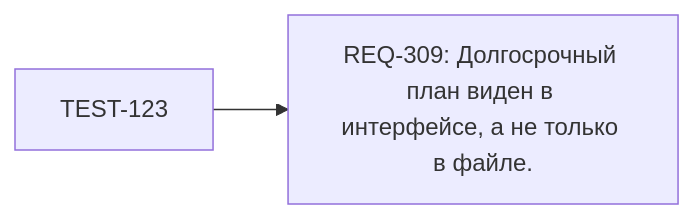
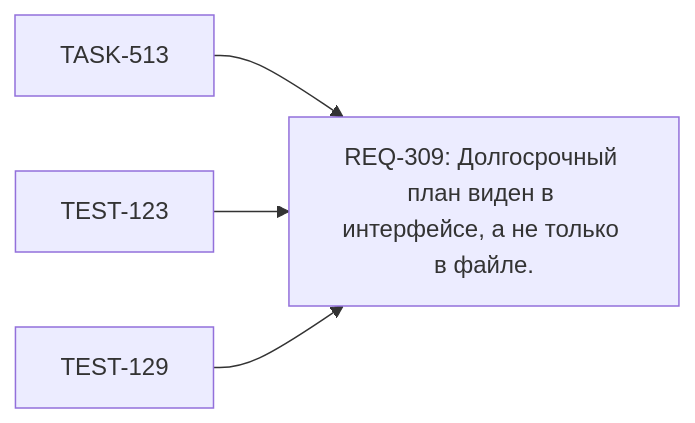
The diagram in state/views/map/REQ-309.mmd (VanUST/dsh-vanust), drawn with Mermaid before and after one commit. The commit also changed 42 other files, not shown here.

Commit message:
One restart: the plan tab stops hanging, the tester drives a browser from .tools, and the architecture-impact rule is stated

```diff
--- a/state/views/map/REQ-309.mmd
+++ b/state/views/map/REQ-309.mmd
@@ -1,4 +1,6 @@
 %% GENERATED — DO NOT EDIT. REQ REQ-309
 graph LR
   REQ_309["REQ-309: Долгосрочный план виден в интерфейсе, а не только в файле."]
+  TASK_513["TASK-513"] --> REQ_309
   TEST_123["TEST-123"] --> REQ_309
+  TEST_129["TEST-129"] --> REQ_309
```
